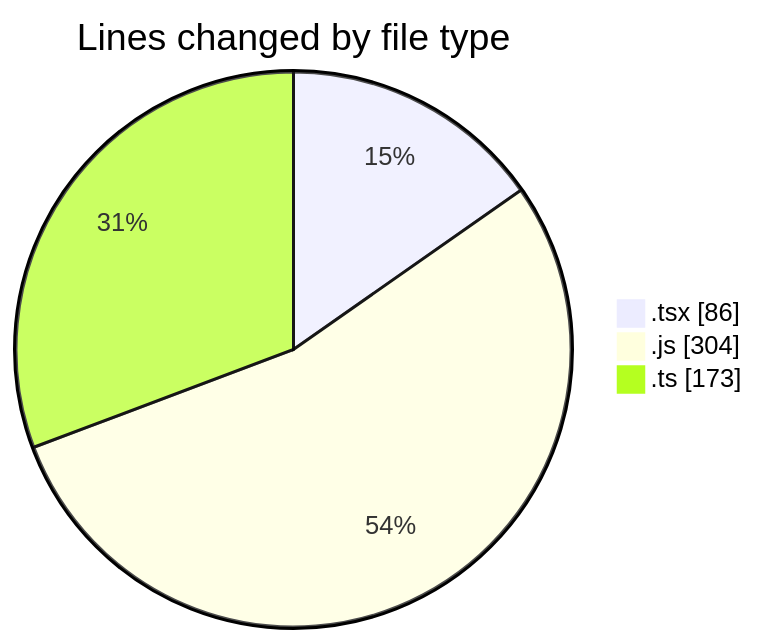
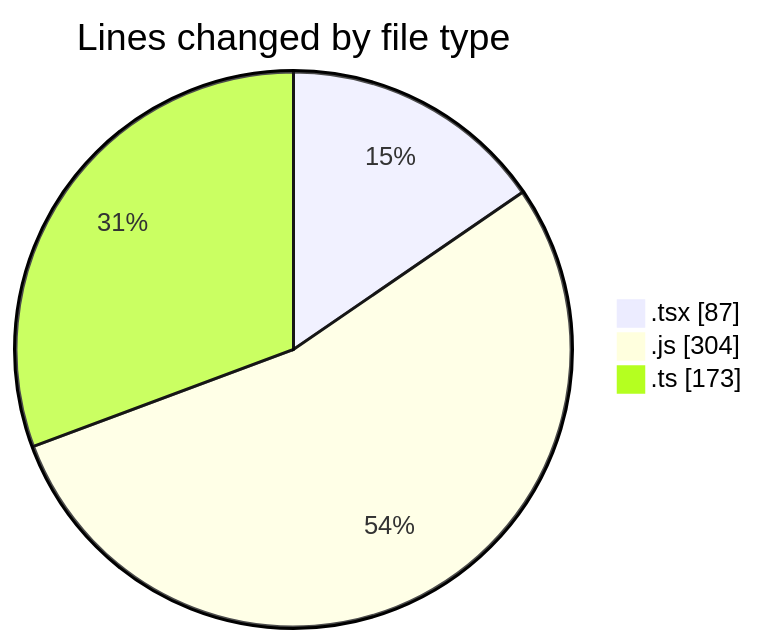
The first of 2 diagrams in 2025-02-26/cda/README.md (momahboobian/code-tracking), drawn with Mermaid before and after one commit. The commit also changed other lines of this file and 1 other file, not shown here.

````diff
--- a/2025-02-26/cda/README.md
+++ b/2025-02-26/cda/README.md
@@ -25,7 +25,7 @@
 ```mermaid
 pie showData
 title Lines changed by file type
-".tsx" : 86
+".tsx" : 87
 ".js" : 304
 ".ts" : 173
 ```
````
